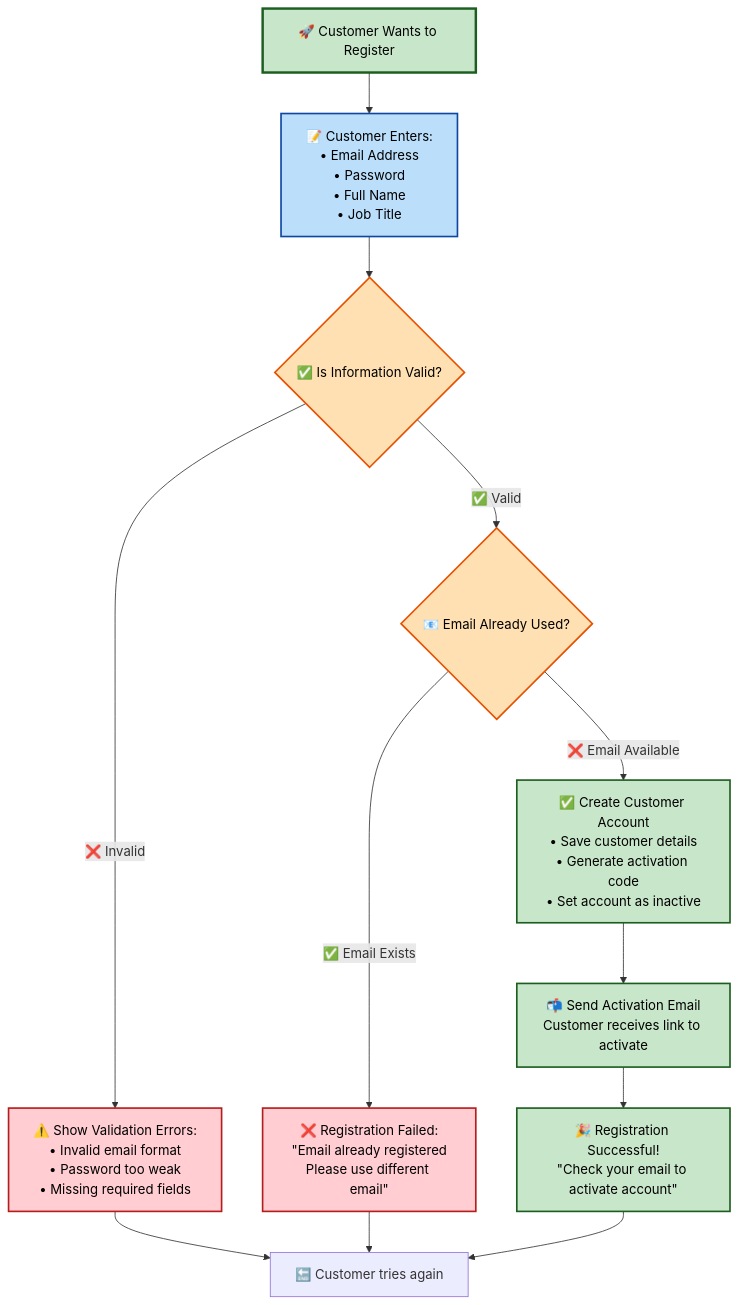
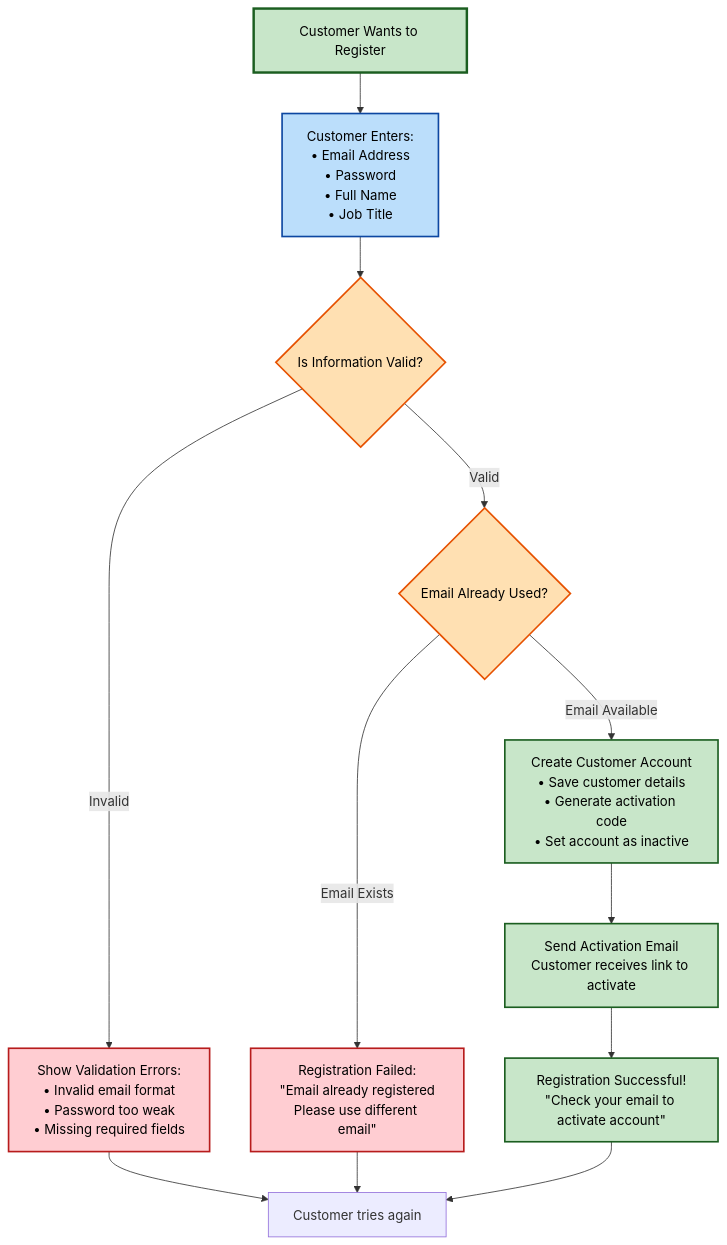
Before and after one commit to cup1111/zendulge-be: the first of 4 diagrams in diagrams/business-process-flows.md, drawn with Mermaid. The commit also changed other lines of this file, not shown here.

Commit message:
remove icon in flowchart digram

````diff
--- a/diagrams/business-process-flows.md
+++ b/diagrams/business-process-flows.md
@@ -5,35 +5,35 @@
 ```mermaid
 flowchart TD
-    Start[🚀 Customer Wants to Register] --> Input[📝 Customer Enters:<br/>• Email Address<br/>• Password<br/>• Full Name<br/>• Job Title]
+    Start[Customer Wants to Register] --> Input[Customer Enters:<br/>• Email Address<br/>• Password<br/>• Full Name<br/>• Job Title]
     
-    Input --> ValidateInput{✅ Is Information Valid?}
+    Input --> ValidateInput{Is Information Valid?}
     
-    ValidateInput -->|❌ Invalid| ValidationFail[⚠️ Show Validation Errors:<br/>• Invalid email format<br/>• Password too weak<br/>• Missing required fields]
+    ValidateInput -->|Invalid| ValidationFail[Show Validation Errors:<br/>• Invalid email format<br/>• Password too weak<br/>• Missing required fields]
     
-    ValidateInput -->|✅ Valid| CheckEmail{📧 Email Already Used?}
+    ValidateInput -->|Valid| CheckEmail{Email Already Used?}
     
-    CheckEmail -->|✅ Email Exists| EmailExists[❌ Registration Failed:<br/>&quot;Email already registered<br/>Please use different email&quot;]
+    CheckEmail -->|Email Exists| EmailExists[Registration Failed:<br/>&quot;Email already registered<br/>Please use different email&quot;]
     
-    CheckEmail -->|❌ Email Available| CreateAccount[✅ Create Customer Account<br/>• Save customer details<br/>• Generate activation code<br/>• Set account as inactive]
+    CheckEmail -->|Email Available| CreateAccount[Create Customer Account<br/>• Save customer details<br/>• Generate activation code<br/>• Set account as inactive]
     
-    CreateAccount --> SendEmail[📬 Send Activation Email<br/>Customer receives link to activate]
+    CreateAccount --> SendEmail[Send Activation Email<br/>Customer receives link to activate]
     
-    SendEmail --> Success[🎉 Registration Successful!<br/>&quot;Check your email to activate account&quot;]
+    SendEmail --> Success[Registration Successful!<br/>&quot;Check your email to activate account&quot;]
     
-    ValidationFail --> End[🔚 Customer tries again]
+    ValidationFail --> End[Customer tries again]
     EmailExists --> End
     Success --> End
     
     %% Styling
     classDef startClass fill:#c8e6c9,stroke:#1b5e20,stroke-width:3px,color:#000000
     classDef errorClass fill:#ffcdd2,stroke:#b71c1c,stroke-width:2px,color:#000000  
     classDef successClass fill:#c8e6c9,stroke:#1b5e20,stroke-width:2px,color:#000000
     classDef processClass fill:#bbdefb,stroke:#0d47a1,stroke-width:2px,color:#000000
     classDef decisionClass fill:#ffe0b2,stroke:#e65100,stroke-width:2px,color:#000000
     
     class Start startClass
     class ValidationFail,EmailExists errorClass
     class CreateAccount,SendEmail,Success successClass
     class Input processClass
     class ValidateInput,CheckEmail decisionClass
 ```
````
